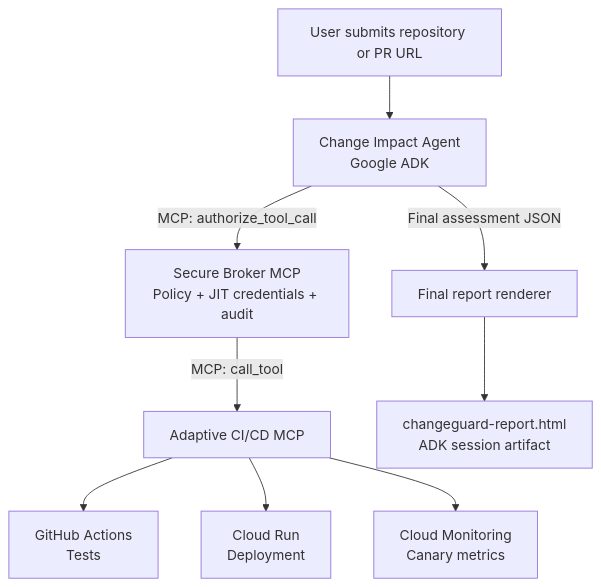
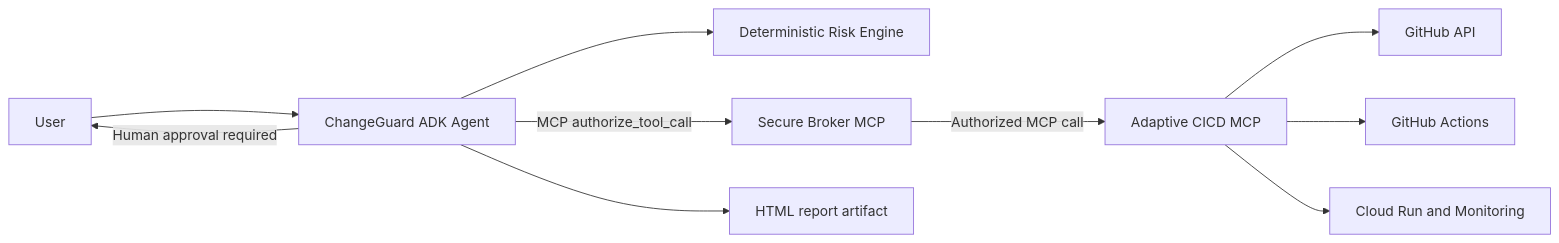
One commit to david-satarain-epam/changeguard-ai changed the diagram in README.md. Above: the diagram before and after it, drawn with Mermaid. The commit also changed other lines of this file and 50 other files, not shown here.

````diff
--- a/README.md
+++ b/README.md
@@ -9,11 +9,12 @@
 ```mermaid
-flowchart TD
-    User[User submits repository or PR URL] --> Agent[Change Impact Agent<br/>Google ADK]
-    Agent -->|MCP: authorize_tool_call| Broker[Secure Broker MCP<br/>Policy + JIT credentials + audit]
-    Broker -->|MCP: call_tool| CICD[Adaptive CI/CD MCP]
-    CICD --> GHA[GitHub Actions<br/>Tests]
-    CICD --> CloudRun[Cloud Run<br/>Deployment]
-    CICD --> Monitoring[Cloud Monitoring<br/>Canary metrics]
-    Agent -->|Final assessment JSON| Renderer[Final report renderer]
-    Renderer --> Artifact[changeguard-report.html<br/>ADK session artifact]
+flowchart LR
+    User[User] --> Agent[ChangeGuard ADK Agent]
+    Agent --> Risk[Deterministic Risk Engine]
+    Agent -->|Human approval required| User
+    Agent -->|MCP authorize_tool_call| Broker[Secure Broker MCP]
+    Broker -->|Authorized MCP call| CICD[Adaptive CICD MCP]
+    CICD --> GitHub[GitHub API]
+    CICD --> GHA[GitHub Actions]
+    CICD --> CloudRun[Cloud Run and Monitoring]
+    Agent --> Report[HTML report artifact]
 ```
````
